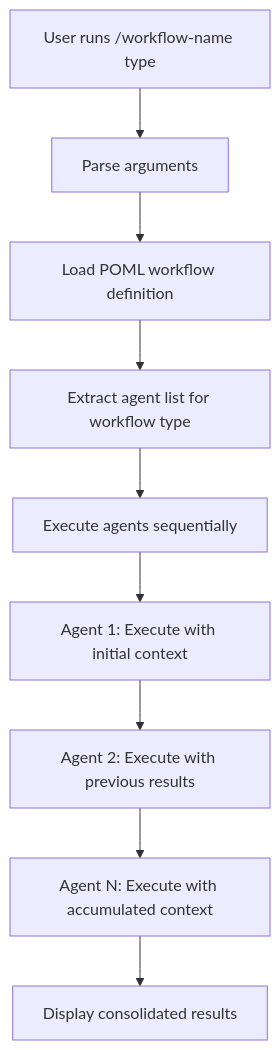
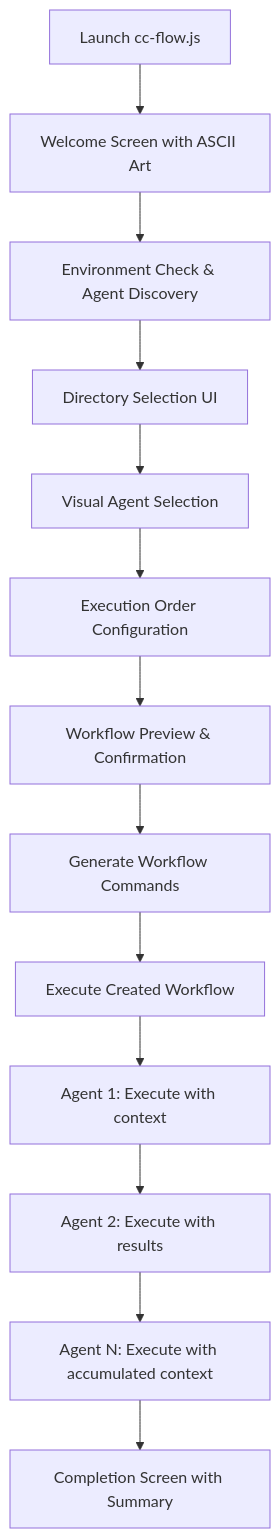
Before and after one commit to s-hiraoku/cc-flow: the diagram in README.md, drawn with Mermaid. The commit also changed other lines of this file, not shown here.

````diff
--- a/README.md
+++ b/README.md
@@ -42,11 +100,15 @@
 ```mermaid
 graph TD
-    A[User runs /workflow-name type] --> B[Parse arguments]
-    B --> C[Load POML workflow definition]
-    C --> D[Extract agent list for workflow type]
-    D --> E[Execute agents sequentially]
-    E --> F[Agent 1: Execute with initial context]
-    F --> G[Agent 2: Execute with previous results]
-    G --> H[Agent N: Execute with accumulated context]
-    H --> I[Display consolidated results]
+    A[Launch cc-flow.js] --> B[Welcome Screen with ASCII Art]
+    B --> C[Environment Check & Agent Discovery]
+    C --> D[Directory Selection UI]
+    D --> E[Visual Agent Selection]
+    E --> F[Execution Order Configuration]
+    F --> G[Workflow Preview & Confirmation]
+    G --> H[Generate Workflow Commands]
+    H --> I[Execute Created Workflow]
+    I --> J[Agent 1: Execute with context]
+    J --> K[Agent 2: Execute with results]
+    K --> L[Agent N: Execute with accumulated context]
+    L --> M[Completion Screen with Summary]
 ```
````
